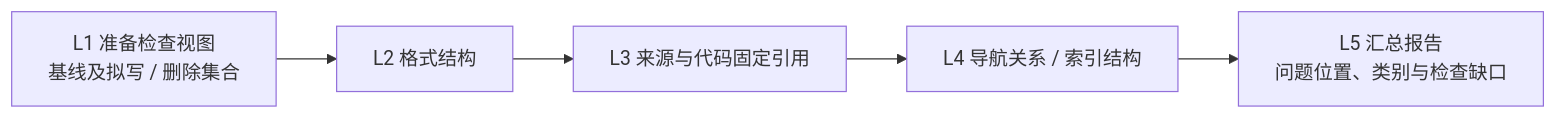
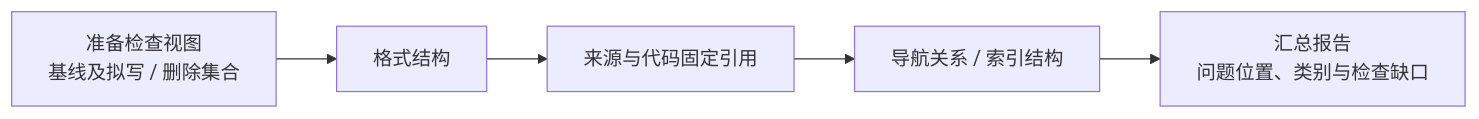
The seventh of 10 diagrams in himate/himate-knowledge-wifi-mp/docs-llm-wiki/HiMate知识库架构设计.md (Robin-hhc/FactumCore), drawn with Mermaid before and after one commit. The commit also changed other lines of this file and 190 other files, not shown here.

````diff
--- a/himate/himate-knowledge-wifi-mp/docs-llm-wiki/HiMate知识库架构设计.md
+++ b/himate/himate-knowledge-wifi-mp/docs-llm-wiki/HiMate知识库架构设计.md
@@ -520,7 +534,7 @@
 ```mermaid
 flowchart LR
-    L1["L1 准备检查视图<br/>基线及拟写 / 删除集合"] --> L2["L2 格式结构"]
-    L2 --> L3["L3 来源与代码固定引用"]
-    L3 --> L4["L4 导航关系 / 索引结构"]
-    L4 --> L5["L5 汇总报告<br/>问题位置、类别与检查缺口"]
+    CHECK_VIEW["准备检查视图<br/>基线及拟写 / 删除集合"] --> CHECK_FORMAT["格式结构"]
+    CHECK_FORMAT --> CHECK_SOURCE["来源与代码固定引用"]
+    CHECK_SOURCE --> CHECK_RELATIONS["导航关系 / 索引结构"]
+    CHECK_RELATIONS --> CHECK_REPORT["汇总报告<br/>问题位置、类别与检查缺口"]
 ```
````
